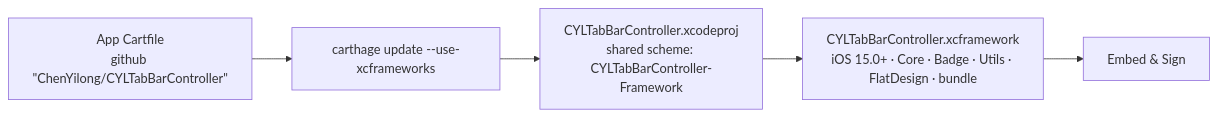
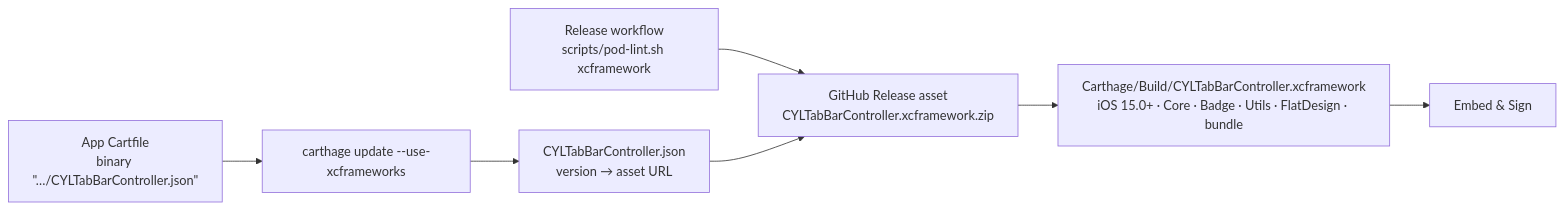
The diagram in docs/Carthage.md (ChenYilong/CYLTabBarController), drawn with Mermaid before and after one commit. The commit also changed other lines of this file and 1251 other files, not shown here.

First line of the commit message:
feat: ✨ Android tab bar styles: FlatDesign translated from iOS, Liquid Glass after AndroidLiquidGlass (#786)

````diff
--- a/docs/Carthage.md
+++ b/docs/Carthage.md
@@ -78,7 +91,9 @@
 ```mermaid
 flowchart LR
-    A["App Cartfile<br/>github &quot;ChenYilong/CYLTabBarController&quot;"] --> B["carthage update --use-xcframeworks"]
-    B --> C["CYLTabBarController.xcodeproj<br/>shared scheme: CYLTabBarController-Framework"]
-    C --> D["CYLTabBarController.xcframework<br/>iOS 15.0+ · Core · Badge · Utils · FlatDesign · bundle"]
+    R["Release workflow<br/>scripts/pod-lint.sh xcframework"] --> Z["GitHub Release asset<br/>CYLTabBarController.xcframework.zip"]
+    J["CYLTabBarController.json<br/>version → asset URL"] --> Z
+    A["App Cartfile<br/>binary &quot;…/CYLTabBarController.json&quot;"] --> B["carthage update --use-xcframeworks"]
+    B --> J
+    Z --> D["Carthage/Build/CYLTabBarController.xcframework<br/>iOS 15.0+ · Core · Badge · Utils · FlatDesign · bundle"]
     D --> E["Embed &amp; Sign"]
 ```
````
